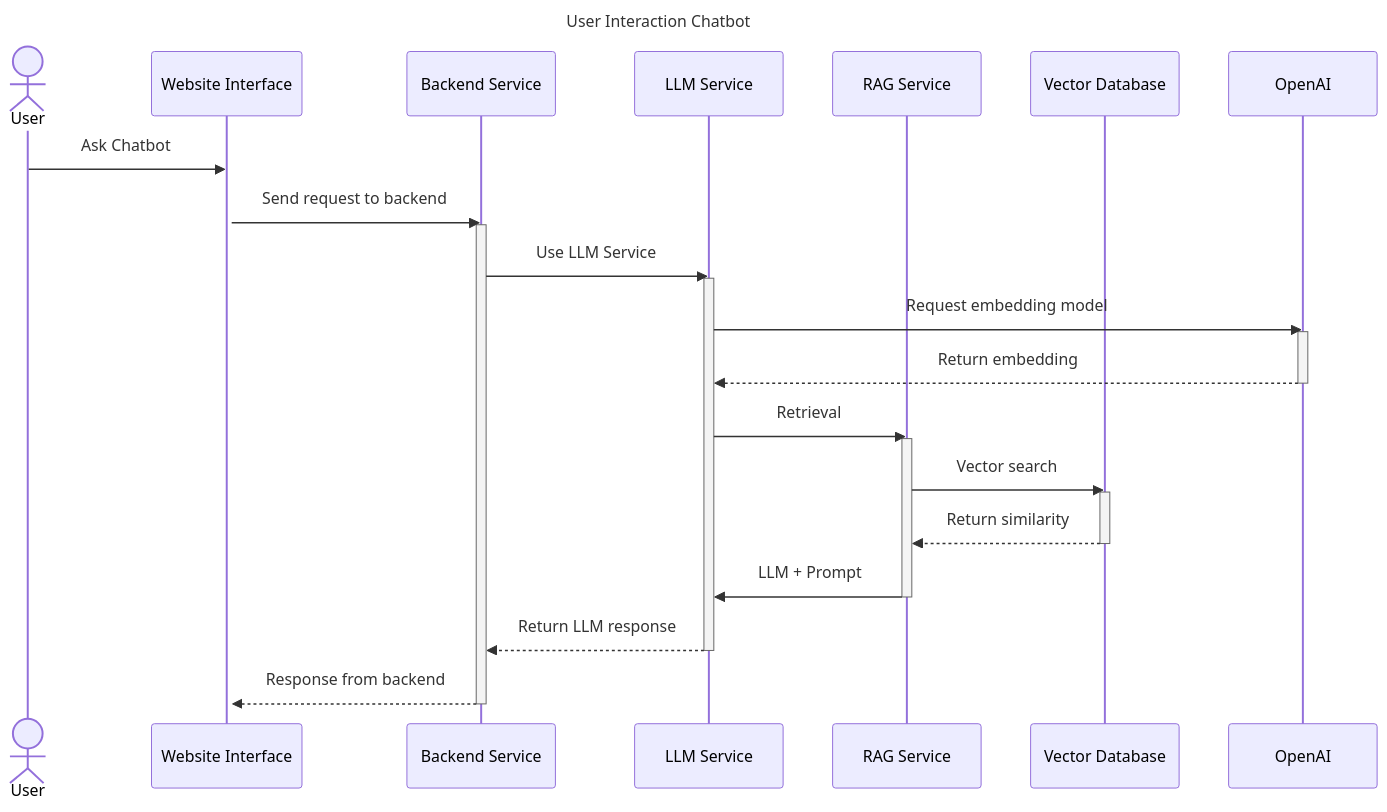
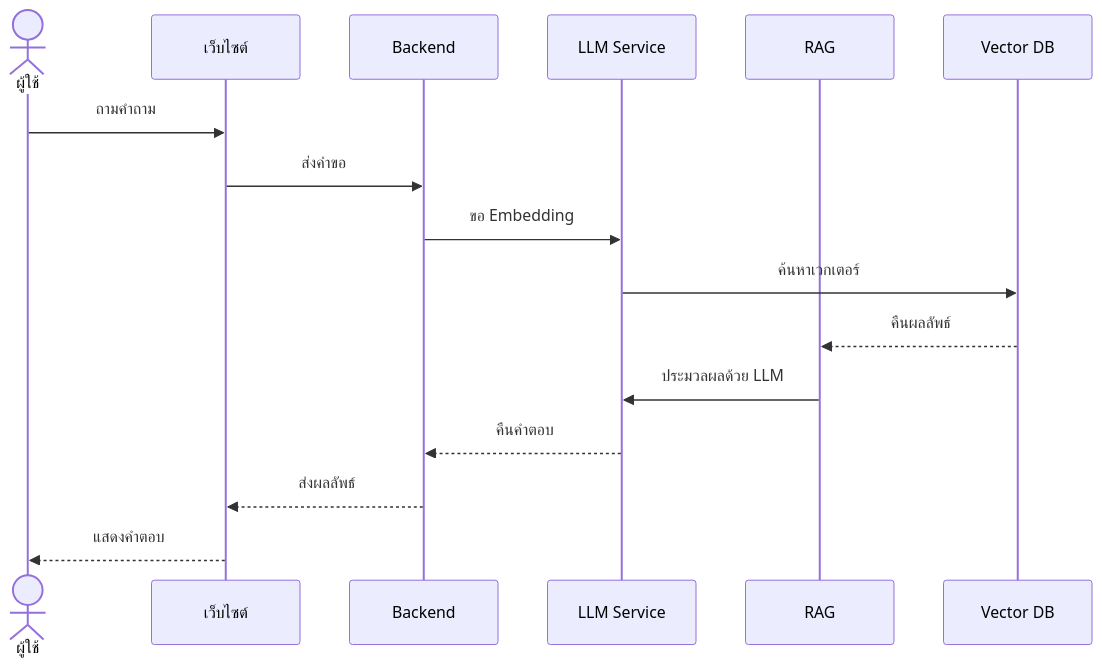
One commit to JeerasakAnanta/cs_project changed the diagram in README.md. Above: the diagram before and after it, drawn with Mermaid. The commit also changed other lines of this file, not shown here.

````diff
--- a/README.md
+++ b/README.md
@@ -208,43 +244,19 @@
 ```mermaid
----
-title: User Interaction Chatbot
----
 sequenceDiagram
-  actor User  
-  participant Website Interface
-  participant Backend Service
-  participant LLM Service
-  participant RAG Service
-  participant Vector Database 
-  User ->> Website Interface: Ask Chatbot
-  activate Website Interface
+  actor ผู้ใช้
+  participant Website as เว็บไซต์
+  participant Backend as Backend
+  participant LLM as LLM Service
+  participant RAG as RAG
+  participant Vector as Vector DB
 
-  Website Interface ->> Backend Service: Send request to backend
-  activate Backend Service
-
-  Backend Service ->> LLM Service: Use LLM Service  
-  activate LLM Service
-
-  LLM Service ->> OpenAI: Request embedding model  
-  activate OpenAI
-  OpenAI -->> LLM Service: Return embedding  
-  deactivate OpenAI
-
-  LLM Service ->> RAG Service: Retrieval
-  activate RAG Service 
-
-  RAG Service ->> Vector Database: Vector search 
-  activate Vector Database
-
-  Vector Database -->> RAG Service: Return similarity
-  deactivate Vector Database 
-
-  RAG Service ->> LLM Service: LLM + Prompt  
-  deactivate RAG Service 
-
-  LLM Service -->> Backend Service: Return LLM response
-  deactivate LLM Service 
-
-  Backend Service -->> Website Interface: Response from backend  
-  deactivate Backend Service
-  ```
+  ผู้ใช้->>Website: ถามคำถาม
+  Website->>Backend: ส่งคำขอ
+  Backend->>LLM: ขอ Embedding
+  LLM->>Vector: ค้นหาเวกเตอร์
+  Vector-->>RAG: คืนผลลัพธ์
+  RAG->>LLM: ประมวลผลด้วย LLM
+  LLM-->>Backend: คืนคำตอบ
+  Backend-->>Website: ส่งผลลัพธ์
+  Website-->>ผู้ใช้: แสดงคำตอบ
+```
````
